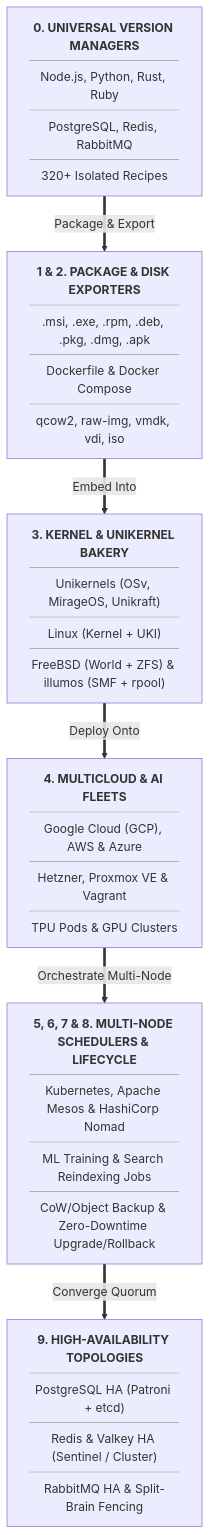
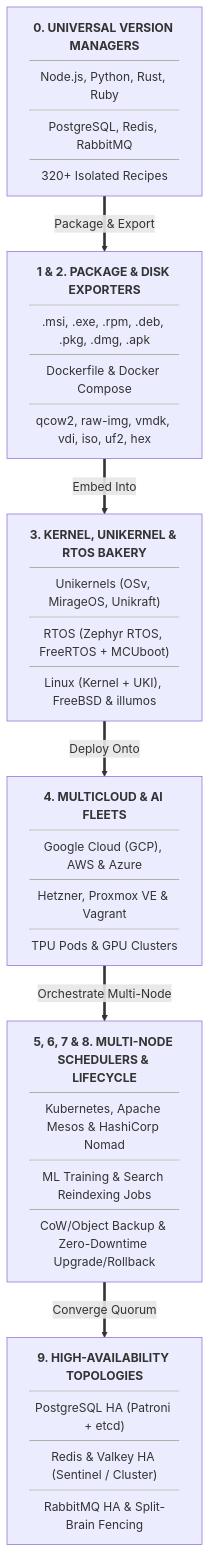
One commit to SamuelMarks/libscript changed the first of 8 diagrams in ARCHITECTURE.md. Above: the diagram before and after it, drawn with Mermaid. The commit also changed other lines of this file and 1501 other files, not shown here.

````diff
--- a/ARCHITECTURE.md
+++ b/ARCHITECTURE.md
@@ -28,20 +28,20 @@
 ```mermaid
 flowchart TD
     VMS["<b>0. UNIVERSAL VERSION MANAGERS</b><hr/>Node.js, Python, Rust, Ruby<hr/>PostgreSQL, Redis, RabbitMQ<hr/>320+ Isolated Recipes"]
 
-    PKG["<b>1 & 2. PACKAGE & DISK EXPORTERS</b><hr/>.msi, .exe, .rpm, .deb, .pkg, .dmg, .apk<hr/>Dockerfile & Docker Compose<hr/>qcow2, raw-img, vmdk, vdi, iso"]
+    PKG["<b>1 & 2. PACKAGE & DISK EXPORTERS</b><hr/>.msi, .exe, .rpm, .deb, .pkg, .dmg, .apk<hr/>Dockerfile & Docker Compose<hr/>qcow2, raw-img, vmdk, vdi, iso, uf2, hex"]
 
-    OS["<b>3. KERNEL & UNIKERNEL BAKERY</b><hr/>Unikernels (OSv, MirageOS, Unikraft)<hr/>Linux (Kernel + UKI)<hr/>FreeBSD (World + ZFS) & illumos (SMF + rpool)"]
+    OS["<b>3. KERNEL, UNIKERNEL & RTOS BAKERY</b><hr/>Unikernels (OSv, MirageOS, Unikraft)<hr/>RTOS (Zephyr RTOS, FreeRTOS + MCUboot)<hr/>Linux (Kernel + UKI), FreeBSD & illumos"]
 
     CLOUD["<b>4. MULTICLOUD & AI FLEETS</b><hr/>Google Cloud (GCP), AWS & Azure<hr/>Hetzner, Proxmox VE & Vagrant<hr/>TPU Pods & GPU Clusters"]
 
     SCHED["<b>5, 6, 7 & 8. MULTI-NODE SCHEDULERS & LIFECYCLE</b><hr/>Kubernetes, Apache Mesos & HashiCorp Nomad<hr/>ML Training & Search Reindexing Jobs<hr/>CoW/Object Backup & Zero-Downtime Upgrade/Rollback"]
 
     HA["<b>9. HIGH-AVAILABILITY TOPOLOGIES</b><hr/>PostgreSQL HA (Patroni + etcd)<hr/>Redis & Valkey HA (Sentinel / Cluster)<hr/>RabbitMQ HA & Split-Brain Fencing"]
 
     VMS ==>|"Package & Export"| PKG
     PKG ==>|"Embed Into"| OS
     OS ==>|"Deploy Onto"| CLOUD
     CLOUD ==>|"Orchestrate Multi-Node"| SCHED
     SCHED ==>|"Converge Quorum"| HA
 ```
````
